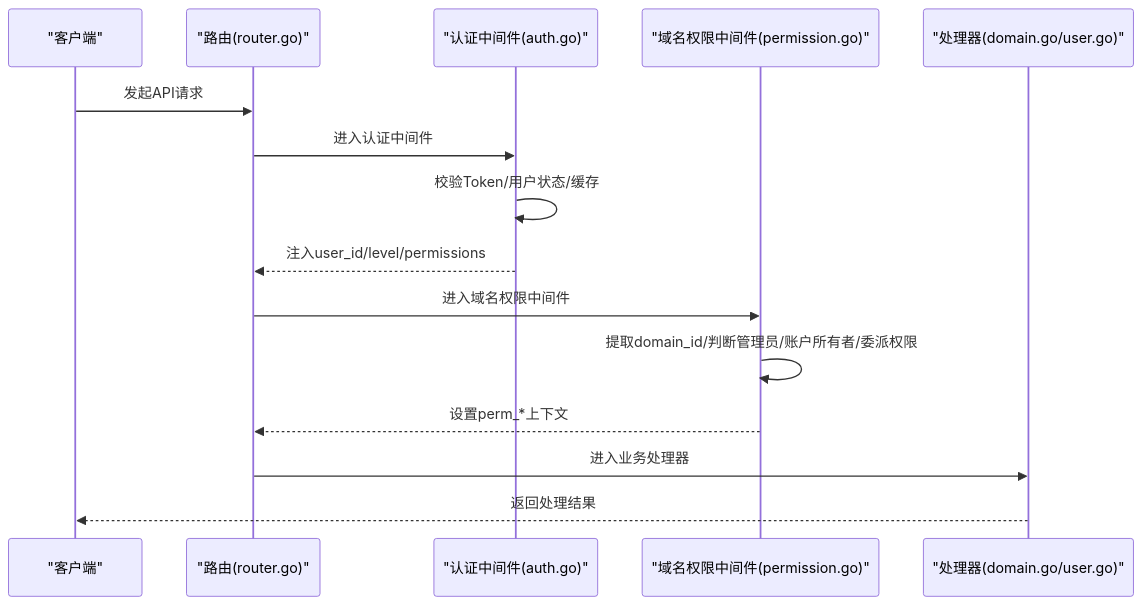
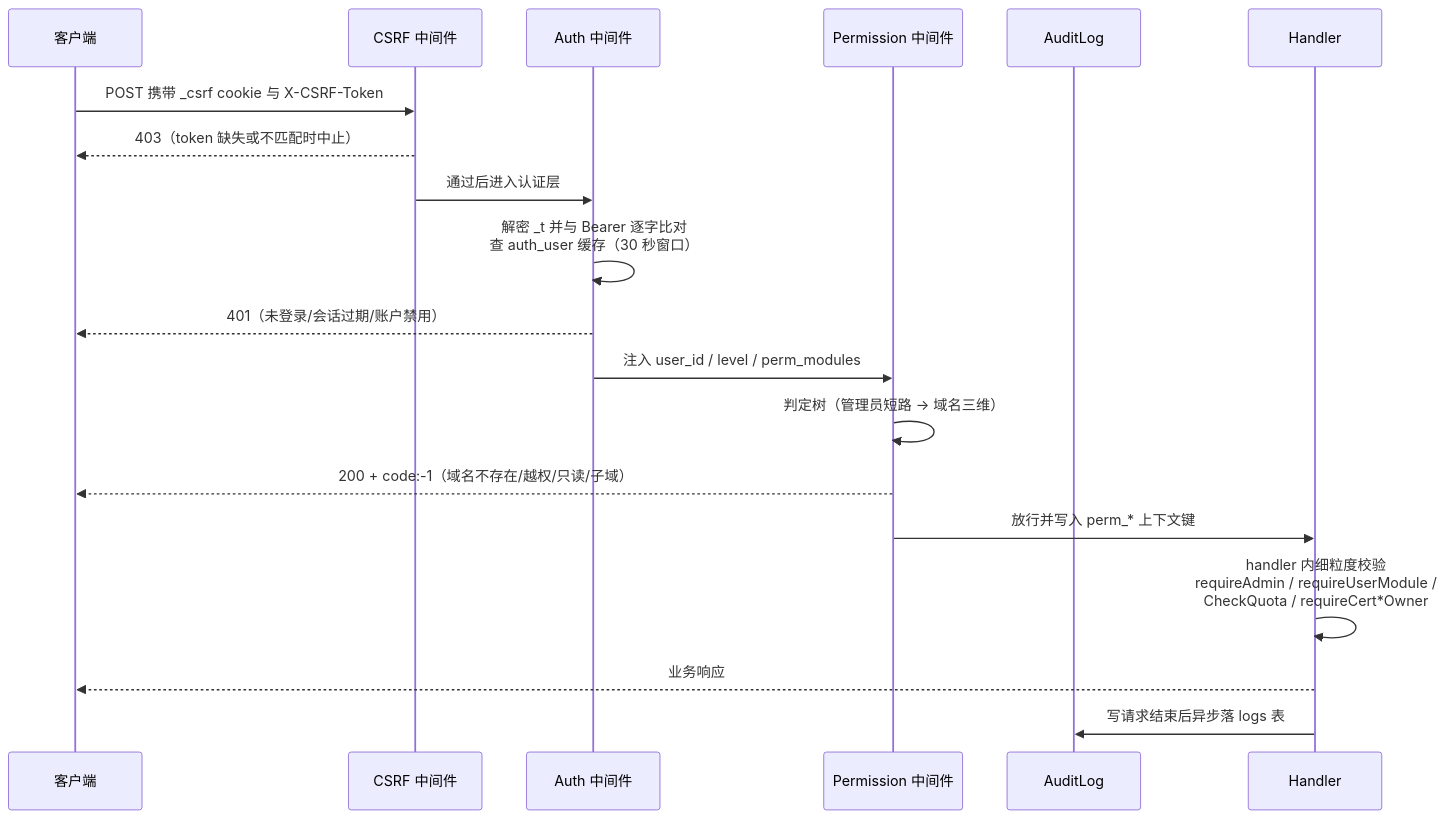
The third of 6 diagrams in docs/用户权限系统/权限控制.md (x01n/dnsplane), drawn with Mermaid before and after one commit. The commit also changed other lines of this file and 326 other files, not shown here.

````diff
--- a/docs/用户权限系统/权限控制.md
+++ b/docs/用户权限系统/权限控制.md
@@ -107,17 +275,21 @@
 ```mermaid
 sequenceDiagram
-participant Client as "客户端"
-participant Router as "路由(router.go)"
-participant Auth as "认证中间件(auth.go)"
-participant Perm as "域名权限中间件(permission.go)"
-participant Handler as "处理器(domain.go/user.go)"
-Client->>Router : 发起API请求
-Router->>Auth : 进入认证中间件
-Auth->>Auth : 校验Token/用户状态/缓存
-Auth-->>Router : 注入user_id/level/permissions
-Router->>Perm : 进入域名权限中间件
-Perm->>Perm : 提取domain_id/判断管理员/账户所有者/委派权限
-Perm-->>Router : 设置perm_*上下文
-Router->>Handler : 进入业务处理器
-Handler-->>Client : 返回处理结果
+    participant C as 客户端
+    participant CS as CSRF 中间件
+    participant AU as Auth 中间件
+    participant PM as Permission 中间件
+    participant AL as AuditLog
+    participant H as Handler
+    C->>CS: POST 携带 _csrf cookie 与 X-CSRF-Token
+    CS-->>C: 403（token 缺失或不匹配时中止）
+    CS->>AU: 通过后进入认证层
+    AU->>AU: 解密 _t 并与 Bearer 逐字比对<br/>查 auth_user 缓存（30 秒窗口）
+    AU-->>C: 401（未登录/会话过期/账户禁用）
+    AU->>PM: 注入 user_id / level / perm_modules
+    PM->>PM: 判定树（管理员短路 → 域名三维）
+    PM-->>C: 200 + code:-1（域名不存在/越权/只读/子域）
+    PM->>H: 放行并写入 perm_* 上下文键
+    H->>H: handler 内细粒度校验<br/>requireAdmin / requireUserModule /<br/>CheckQuota / requireCert*Owner
+    H-->>C: 业务响应
+    H->>AL: 写请求结束后异步落 logs 表
 ```
````
